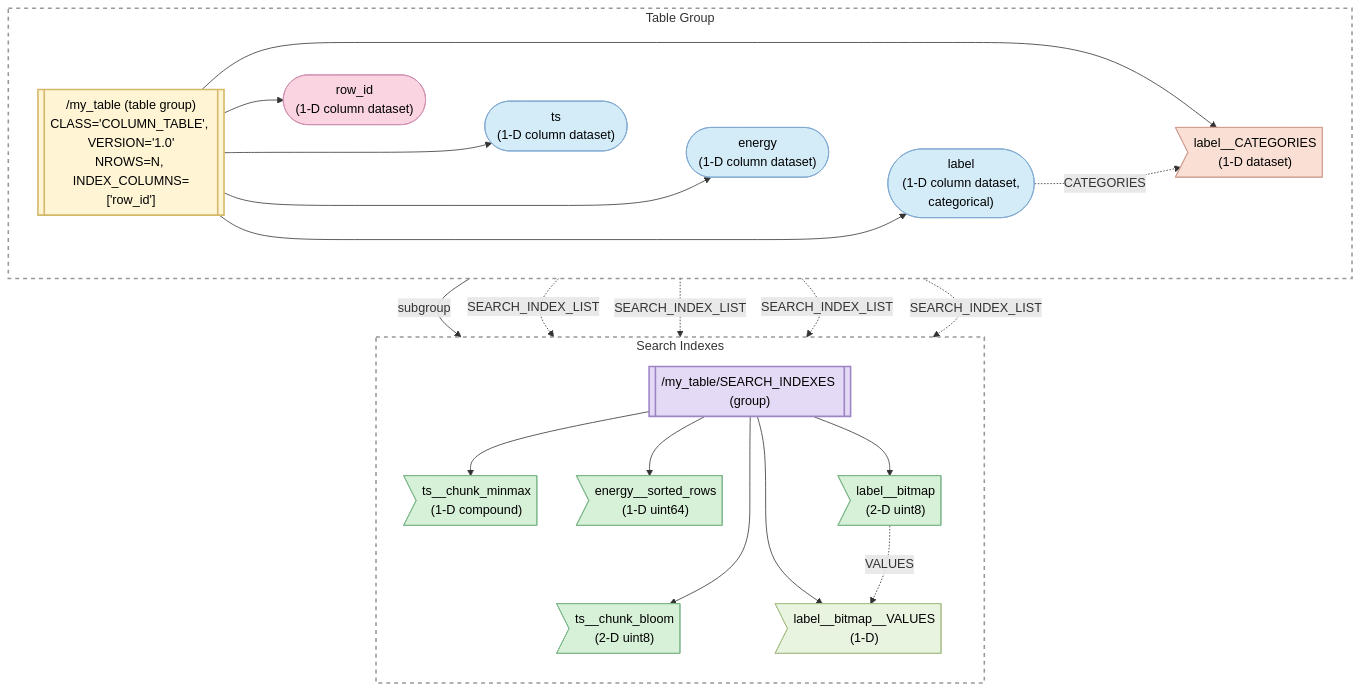
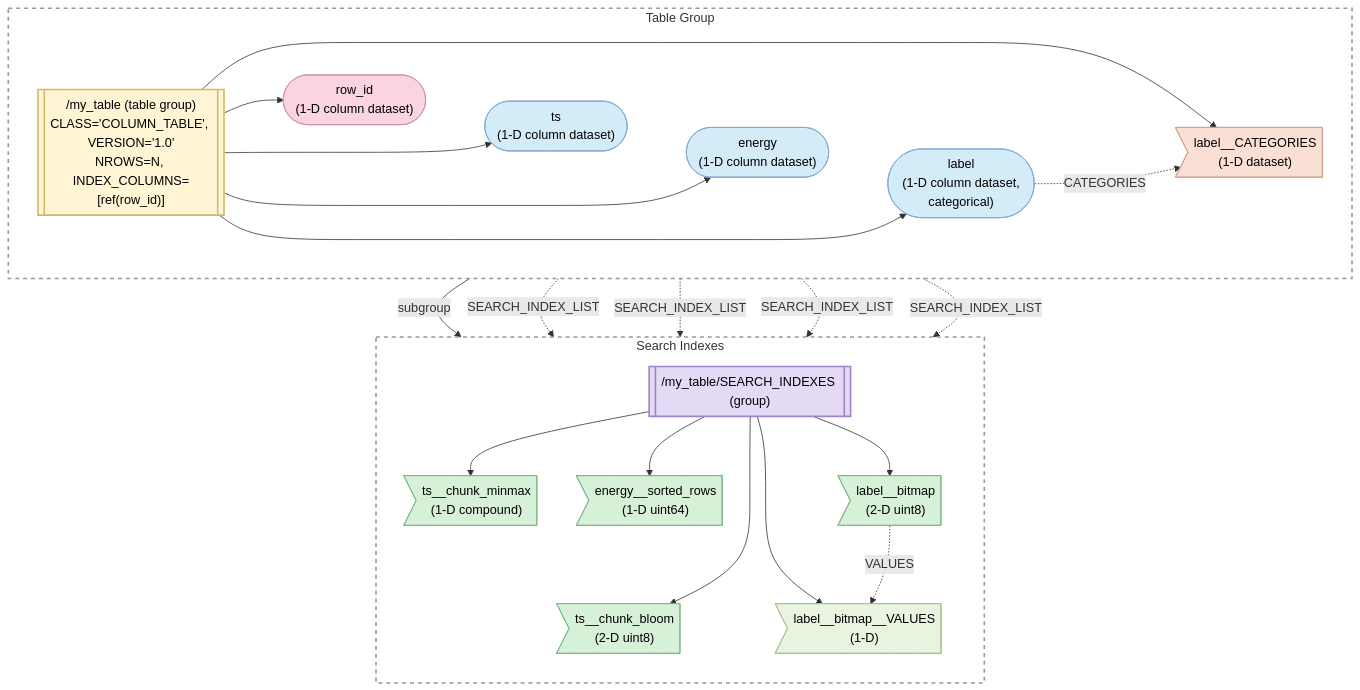
One commit to HDFAlliance/heps changed the second of 7 diagrams in HEP001/index.md. Above: the diagram before and after it, drawn with Mermaid. The commit also changed other lines of this file, not shown here.

Commit message:
Make INDEX_COLUMNS an array of obj refs

````diff
--- a/HEP001/index.md
+++ b/HEP001/index.md
@@ -261,71 +261,71 @@
 ```{mermaid}
 flowchart TD
   subgraph Table_Group [Table Group]
     direction LR
-    TG[["/my_table (table group)<br/>CLASS='COLUMN_TABLE', VERSION='1.0'<br/>NROWS=N, INDEX_COLUMNS=['row_id']"]]
+    TG[["/my_table (table group)<br/>CLASS='COLUMN_TABLE', VERSION='1.0'<br/>NROWS=N, INDEX_COLUMNS=[ref(row_id)]"]]
 
     %% By connecting TG to these in order, and them to each other invisibly,
     %% we force a more structured layout.
     c0(["row_id<br/>(1-D column dataset)"])
     c1(["ts<br>(1-D column dataset)"])
     c2(["energy<br>(1-D column dataset)"])
     c3(["label<br>(1-D column dataset,<br/>categorical)"])
     c4>"label__CATEGORIES<br>(1-D dataset)"]
 
     c0 ~~~ c1 ~~~ c2 ~~~ c3
   end
 
   subgraph Search_Indexes [Search Indexes]
     direction TB
     SI[["/my_table/SEARCH_INDEXES (group)"]]
     mm>"ts__chunk_minmax<br>(1-D compound)"]
     bf>"ts__chunk_bloom<br>(2-D uint8)"]
     sr>"energy__sorted_rows<br>(1-D uint64)"]
     bm>"label__bitmap<br>(2-D uint8)"]
     bv>"label__bitmap__VALUES<br>(1-D)"]
 
     %% Forcing mm and bf to sit side-by-side under SI
     mm ~~~ bf
   end
 
   %% Solid Line Connections
   TG --> c0
   TG --> c1
   TG --> c2
   TG --> c3
   TG --> c4
   TG -->|"subgroup"| SI
 
   SI --> mm
   SI --> bf
   SI --> sr
   SI --> bm
   SI --> bv
 
   %% Dotted Line Connections
   c3 -.->|"CATEGORIES"| c4
   bm -.->|"VALUES"| bv
   c1 -.->|"SEARCH_INDEX_LIST"| mm
   c1 -.->|"SEARCH_INDEX_LIST"| bf
   c2 -.->|"SEARCH_INDEX_LIST"| sr
   c3 -.->|"SEARCH_INDEX_LIST"| bm
 
   %% Styling
   classDef tableGroup fill:#FFF4D4,stroke:#D4B86A,stroke-width:2px,color:#000
   classDef siGroup    fill:#E5DAF5,stroke:#9D85C5,stroke-width:2px,color:#000
   classDef dataCol    fill:#D4EBF8,stroke:#7FA9D0,stroke-width:1px,color:#000
   classDef indexCol   fill:#FAD4E1,stroke:#D08FB0,stroke-width:1px,color:#000
   classDef catData    fill:#FAE0D4,stroke:#D09F90,stroke-width:1px,color:#000
   classDef siData     fill:#D7F0D8,stroke:#7CB78A,stroke-width:1px,color:#000
   classDef siValues   fill:#E8F3E0,stroke:#A8C088,stroke-width:1px,color:#000
   style Table_Group fill:transparent,stroke:#999,stroke-width:2px,stroke-dasharray: 5 5
   style Search_Indexes fill:transparent,stroke:#999,stroke-width:2px,stroke-dasharray: 5 5
 
   class TG tableGroup
   class SI siGroup
   class c0 indexCol
   class c1,c2,c3 dataCol
   class c4 catData
   class mm,sr,bm,bf siData
   class bv siValues
 ```
````
